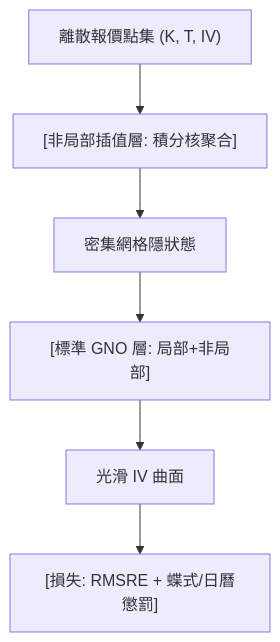
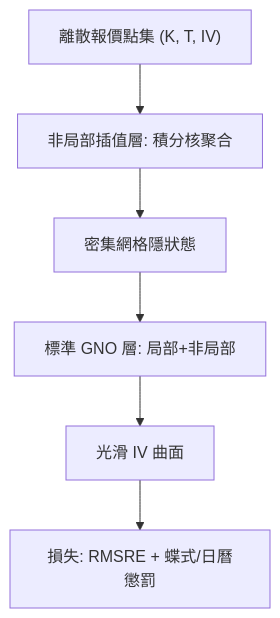
The diagram in foundations/time-series-forecasting/opds.md (sou350121/Trading-Handbook), drawn with Mermaid before and after one commit. The commit also changed 191 other files, not shown here.

First line of the commit message:
render: fix math + mermaid for GitHub across the corpus (188 pages)

````diff
--- a/foundations/time-series-forecasting/opds.md
+++ b/foundations/time-series-forecasting/opds.md
@@ -32,8 +32,8 @@
 ```mermaid
 flowchart TD
-    A["離散報價點集 (K, T, IV)"] --> B["[非局部插值層: 積分核聚合]"]
+    A["離散報價點集 (K, T, IV)"] --> B["非局部插值層: 積分核聚合"]
     B --> C["密集網格隱狀態"]
-    C --> D["[標準 GNO 層: 局部+非局部]"]
+    C --> D["標準 GNO 層: 局部+非局部"]
     D --> E["光滑 IV 曲面"]
-    E --> F["[損失: RMSRE + 蝶式/日曆懲罰]"]
+    E --> F["損失: RMSRE + 蝶式/日曆懲罰"]
 ```
````
